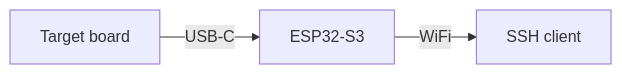
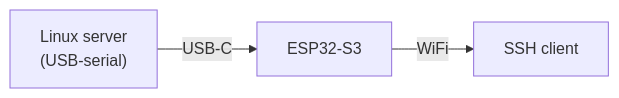
Before and after one commit to alxrxs/esp-tty: the first of 2 diagrams in README.md, drawn with Mermaid. The commit also changed other lines of this file, not shown here.

First line of the commit message:
Refocus README on the out-of-band Linux-server-console use case

````diff
--- a/README.md
+++ b/README.md
@@ -11,4 +13,4 @@
 ```mermaid
 flowchart LR
-    target["Target board"] -- "USB-C" --> esp["ESP32-S3"] -- "WiFi" --> ssh["SSH client"]
+    target["Linux server<br/>(USB-serial)"] -- "USB-C" --> esp["ESP32-S3"] -- "WiFi" --> ssh["SSH client"]
 ```
````
